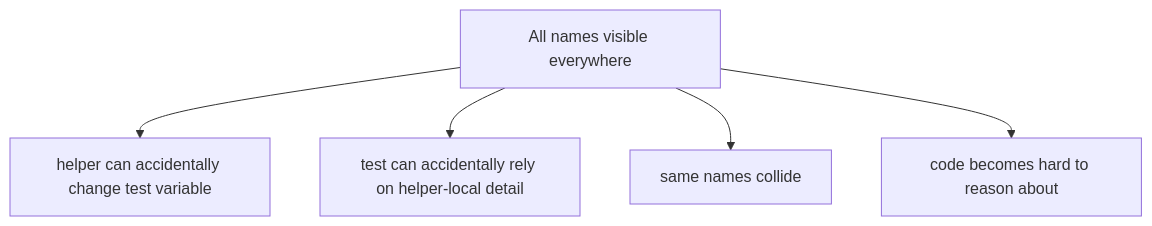
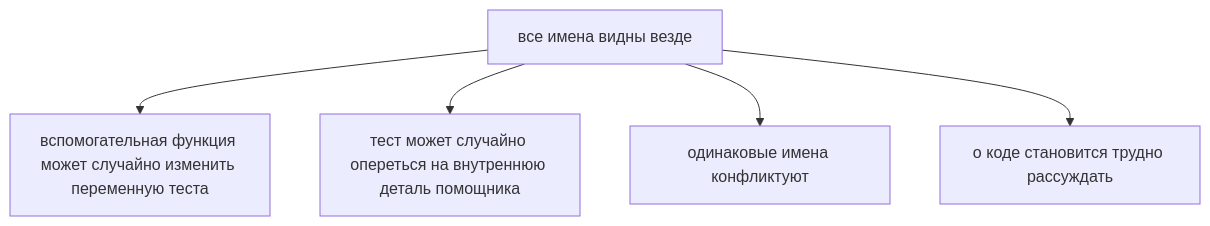
Before and after one commit to Bimba333/qa-js-ts-cookbook: the fourth of 9 diagrams in docs/01-javascript/07-scope.md, drawn with Mermaid. The commit also changed other lines of this file and 101 other files, not shown here.

````diff
--- a/docs/01-javascript/07-scope.md
+++ b/docs/01-javascript/07-scope.md
@@ -228,12 +228,12 @@
 ```mermaid
 flowchart TD
-    N1["All names visible everywhere"]
-    N2["helper can accidentally change test variable"]
-    N3["test can accidentally rely on helper-local detail"]
-    N4["same names collide"]
-    N5["code becomes hard to reason about"]
+    N1["все имена видны везде"]
+    N2["вспомогательная функция может случайно изменить переменную теста"]
+    N3["тест может случайно опереться на внутреннюю деталь помощника"]
+    N4["одинаковые имена конфликтуют"]
+    N5["о коде становится трудно рассуждать"]
     N1 --> N2
     N1 --> N3
     N1 --> N4
     N1 --> N5
 ```
````
